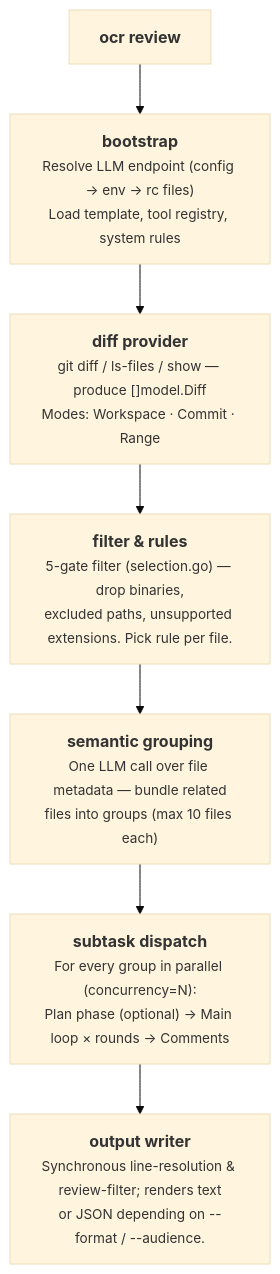
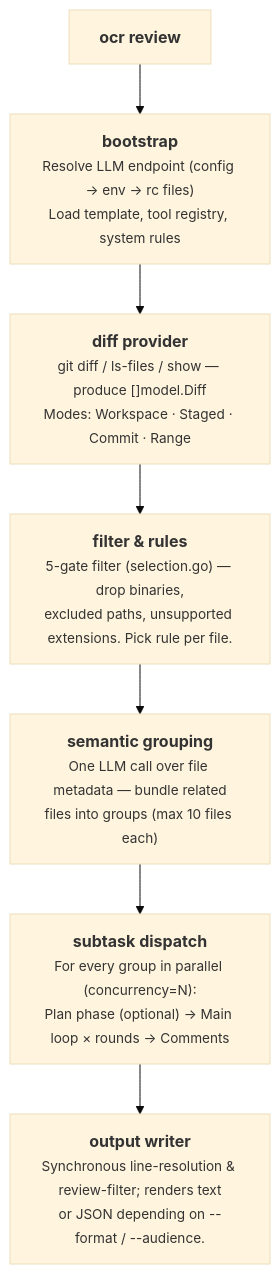
The first of 2 diagrams in pages/src/content/docs/en/architecture.md (Qiyuanqiii/open-code-review), drawn with Mermaid (base theme) before and after one commit. The commit also changed other lines of this file and 9 other files, not shown here.

````diff
--- a/pages/src/content/docs/en/architecture.md
+++ b/pages/src/content/docs/en/architecture.md
@@ -14,12 +14,12 @@
 ```mermaid
 flowchart TD
     A["<b>ocr review</b>"]
     B["<b>bootstrap</b><br/><span style='font-size:0.85em'>Resolve LLM endpoint (config → env → rc files)<br/>Load template, tool registry, system rules</span>"]
-    C["<b>diff provider</b><br/><span style='font-size:0.85em'>git diff / ls-files / show — produce []model.Diff<br/>Modes: Workspace · Commit · Range</span>"]
+    C["<b>diff provider</b><br/><span style='font-size:0.85em'>git diff / ls-files / show — produce []model.Diff<br/>Modes: Workspace · Staged · Commit · Range</span>"]
     D["<b>filter & rules</b><br/><span style='font-size:0.85em'>5-gate filter (selection.go) — drop binaries,<br/>excluded paths, unsupported extensions. Pick rule per file.</span>"]
     D2["<b>semantic grouping</b><br/><span style='font-size:0.85em'>One LLM call over file metadata — bundle related<br/>files into groups (max 10 files each)</span>"]
     E["<b>subtask dispatch</b><br/><span style='font-size:0.85em'>For every group in parallel (concurrency=N):<br/>Plan phase (optional) → Main loop × rounds → Comments</span>"]
     F["<b>output writer</b><br/><span style='font-size:0.85em'>Synchronous line-resolution & review-filter; renders text<br/>or JSON depending on --format / --audience.</span>"]
 
     A --> B --> C --> D --> D2 --> E --> F
 ```
````
